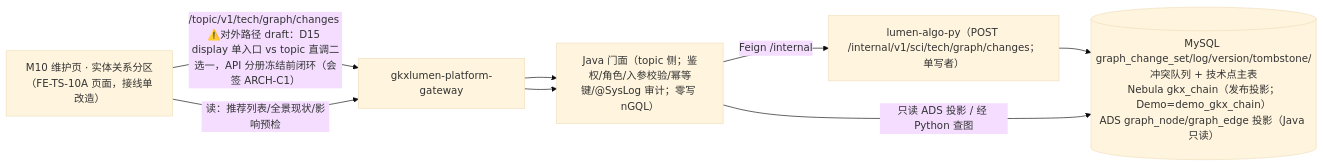
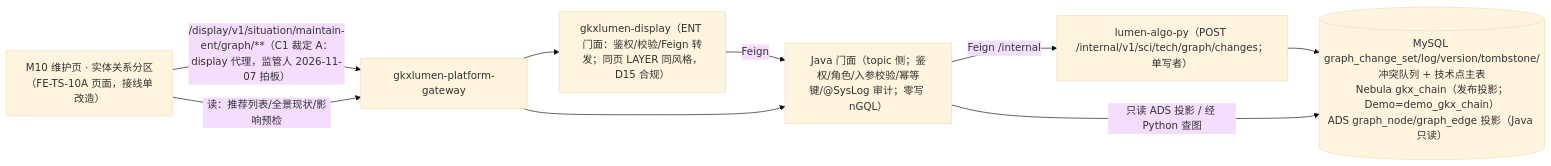
Before and after one commit to Marisolebxf/-: the first of 2 diagrams in agent-delivery/agent-handoffs/科技发展态势-TS/sdd/l2/TS-L2-M10-ENT-ARCH.md, drawn with Mermaid (base theme). The commit also changed other lines of this file and 3 other files, not shown here.

Commit message:
docs(m10-ent): ENT-ARCH 刘剑锋签收done；C1 裁定 A=display 代理（maintain-ent/graph/**，同页同风格 D15 合规）落稿闭环 [agent:arch-agent]

````diff
--- a/agent-delivery/agent-handoffs/科技发展态势-TS/sdd/l2/TS-L2-M10-ENT-ARCH.md
+++ b/agent-delivery/agent-handoffs/科技发展态势-TS/sdd/l2/TS-L2-M10-ENT-ARCH.md
@@ -33,11 +33,12 @@
 ```mermaid
 flowchart LR
   fe["M10 维护页 · 实体关系分区（FE-TS-10A 页面，接线单改造）"]
-  gw["gkxlumen-platform-gateway"]
   javaf["Java 门面（topic 侧；鉴权/角色/入参校验/幂等键/@SysLog 审计；零写 nGQL）"]
   py["lumen-algo-py（POST /internal/v1/sci/tech/graph/changes；单写者）"]
   store[("MySQL graph_change_set/log/version/tombstone/冲突队列 + 技术点主表<br/>Nebula gkx_chain（发布投影；Demo=demo_gkx_chain）<br/>ADS graph_node/graph_edge 投影（Java 只读）")]
 
-  fe -->|"/topic/v1/tech/graph/changes ⚠️对外路径 draft：D15 display 单入口 vs topic 直调二选一，API 分册冻结前闭环（会签 ARCH-C1）"| gw --> javaf -->|Feign /internal| py --> store
+  gw["gkxlumen-platform-gateway"]
+  bff["gkxlumen-display（ENT 门面：鉴权/校验/Feign 转发；同页 LAYER 同风格，D15 合规）"]
+  fe -->|"/display/v1/situation/maintain-ent/graph/**（C1 裁定 A：display 代理，监管人 2026-11-07 拍板）"| gw --> bff -->|"Feign"| javaf -->|Feign /internal| py --> store
   fe -->|"读：推荐列表/全景现状/影响预检"| gw --> javaf -->|"只读 ADS 投影 / 经 Python 查图"| store
 ```
````
